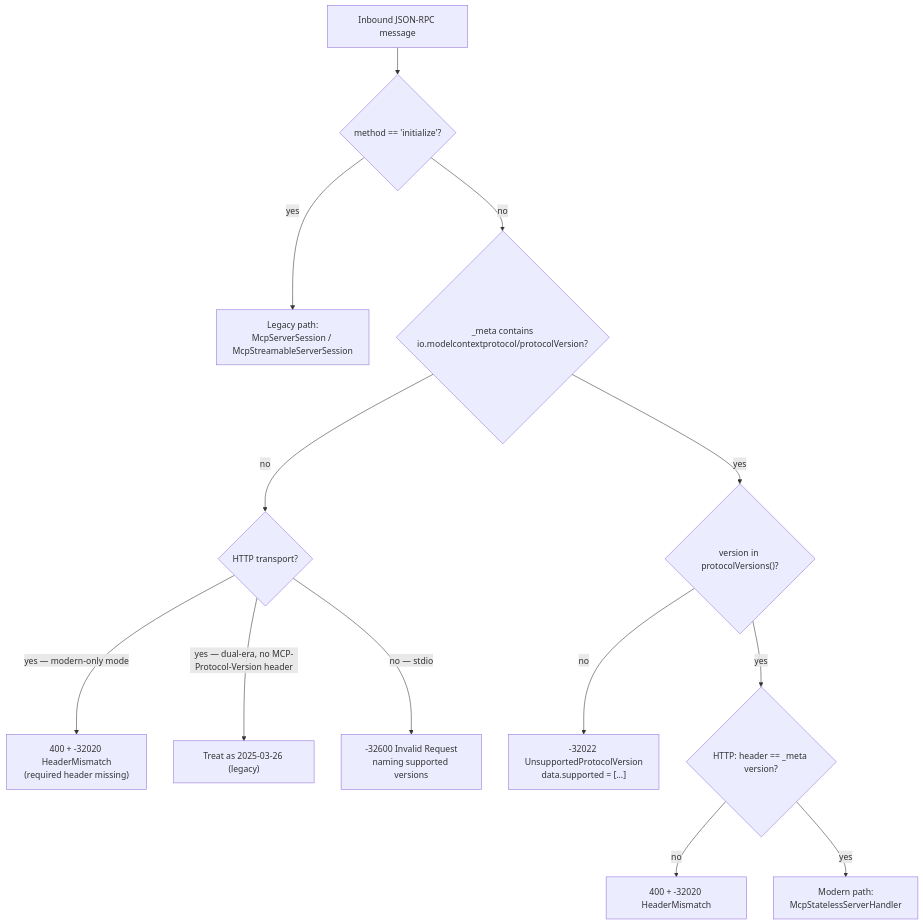
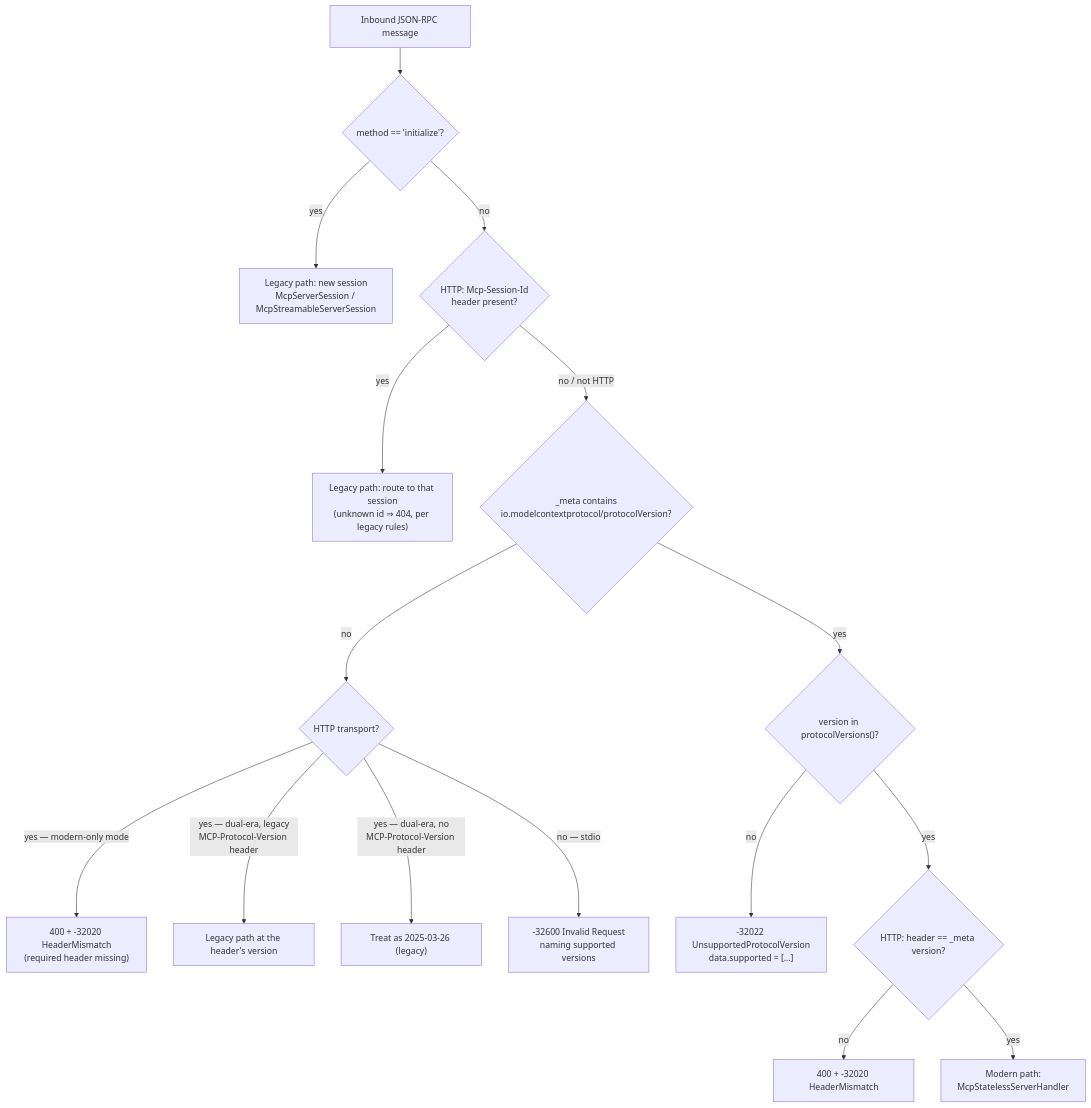
One commit to modelcontextprotocol/java-sdk changed the second of 4 diagrams in docs/design/2026-07-28-spec-support.md. Above: the diagram before and after it, drawn with Mermaid. The commit also changed other lines of this file, not shown here.

````diff
--- a/docs/design/2026-07-28-spec-support.md
+++ b/docs/design/2026-07-28-spec-support.md
@@ -906,15 +992,18 @@
 ```mermaid
 flowchart TD
     A["Inbound JSON-RPC message"] --> B{"method == 'initialize'?"}
-    B -->|yes| L["Legacy path:<br/>McpServerSession / McpStreamableServerSession"]
-    B -->|no| C{"_meta contains<br/>io.modelcontextprotocol/protocolVersion?"}
+    B -->|yes| L["Legacy path: new session<br/>McpServerSession / McpStreamableServerSession"]
+    B -->|no| S{"HTTP: Mcp-Session-Id<br/>header present?"}
+    S -->|yes| L2["Legacy path: route to that session<br/>(unknown id ⇒ 404, per legacy rules)"]
+    S -->|"no / not HTTP"| C{"_meta contains<br/>io.modelcontextprotocol/protocolVersion?"}
     C -->|no| D{"HTTP transport?"}
     D -->|"yes — modern-only mode"| E["400 + -32020 HeaderMismatch<br/>(required header missing)"]
-    D -->|"yes — dual-era, no MCP-Protocol-Version header"| F["Treat as 2025-03-26 (legacy)"]
+    D -->|"yes — dual-era, legacy<br/>MCP-Protocol-Version header"| F2["Legacy path at the header's version"]
+    D -->|"yes — dual-era, no<br/>MCP-Protocol-Version header"| F["Treat as 2025-03-26 (legacy)"]
     D -->|"no — stdio"| G["-32600 Invalid Request<br/>naming supported versions"]
     C -->|yes| H{"version in protocolVersions()?"}
     H -->|no| I["-32022 UnsupportedProtocolVersion<br/>data.supported = […]"]
     H -->|yes| J{"HTTP: header == _meta version?"}
     J -->|no| K["400 + -32020 HeaderMismatch"]
     J -->|yes| M["Modern path:<br/>McpStatelessServerHandler"]
 ```
````
